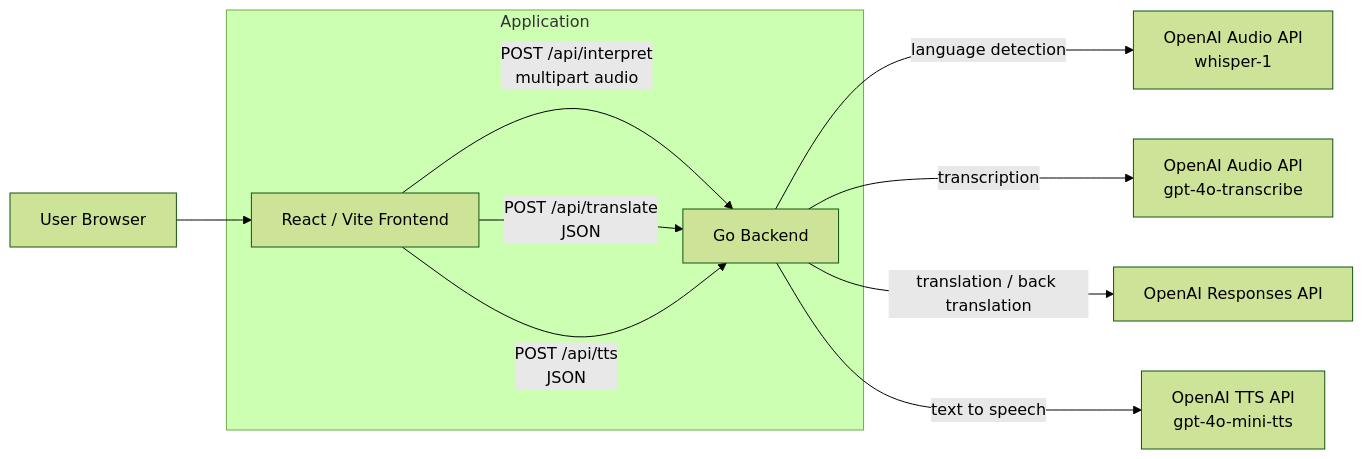
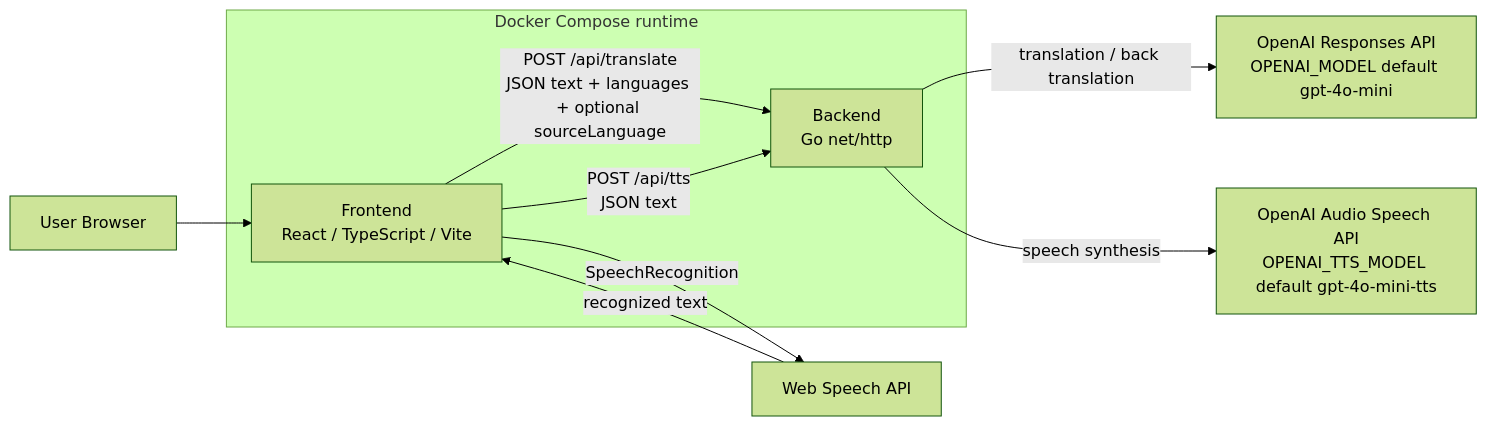
Before and after one commit to shin-arita/gotalk: the first of 3 diagrams in docs/architecture.md, drawn with Mermaid (forest theme). The commit also changed other lines of this file and 13 other files, not shown here.

````diff
--- a/docs/architecture.md
+++ b/docs/architecture.md
@@ -9,16 +15,17 @@
 ```mermaid
 flowchart LR
-  User[User Browser] --> Frontend[React / Vite Frontend]
-  Frontend -->|POST /api/interpret<br/>multipart audio| Backend[Go Backend]
-  Frontend -->|POST /api/translate<br/>JSON| Backend
-  Frontend -->|POST /api/tts<br/>JSON| Backend
-  Backend -->|language detection| Whisper[OpenAI Audio API<br/>whisper-1]
-  Backend -->|transcription| Transcribe[OpenAI Audio API<br/>gpt-4o-transcribe]
-  Backend -->|translation / back translation| Responses[OpenAI Responses API]
-  Backend -->|text to speech| TTS[OpenAI TTS API<br/>gpt-4o-mini-tts]
+  User[User Browser] --> Frontend[Frontend<br/>React / TypeScript / Vite]
+  Frontend -->|SpeechRecognition| BrowserSpeech[Web Speech API]
 
-  subgraph Application
+  BrowserSpeech -->|recognized text| Frontend
+  Frontend -->|POST /api/translate<br/>JSON text + languages + optional sourceLanguage| Backend[Backend<br/>Go net/http]
+  Frontend -->|POST /api/tts<br/>JSON text| Backend
+
+  Backend -->|translation / back translation| Responses[OpenAI Responses API<br/>OPENAI_MODEL default gpt-4o-mini]
+  Backend -->|speech synthesis| TTS[OpenAI Audio Speech API<br/>OPENAI_TTS_MODEL default gpt-4o-mini-tts]
+
+  subgraph Runtime[Docker Compose runtime]
     Frontend
     Backend
   end
 ```
````
